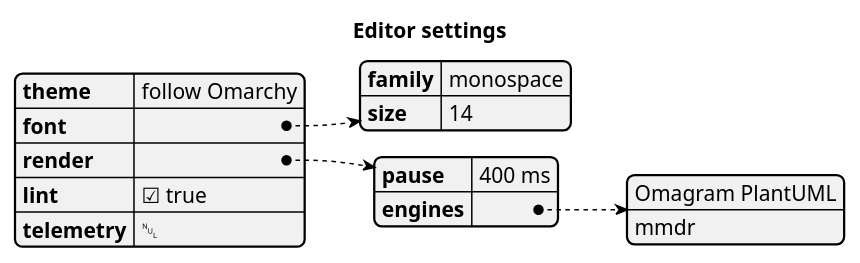
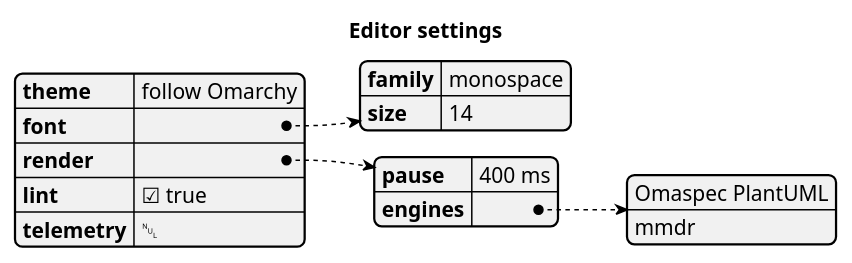
The diagram in examples/gallery/settings.puml (enhapu-afk/omaspec), drawn with PlantUML before and after one commit. The commit also changed 539 other files, not shown here.

```diff
--- a/examples/gallery/settings.puml
+++ b/examples/gallery/settings.puml
@@ -1,13 +1,13 @@
 @startjson
 title Editor settings
 {
   "theme": "follow Omarchy",
   "font": { "family": "monospace", "size": 14 },
   "render": {
     "pause": "400 ms",
-    "engines": ["Omagram PlantUML", "mmdr"]
+    "engines": ["Omaspec PlantUML", "mmdr"]
   },
   "lint": true,
   "telemetry": null
 }
 @endjson
```
